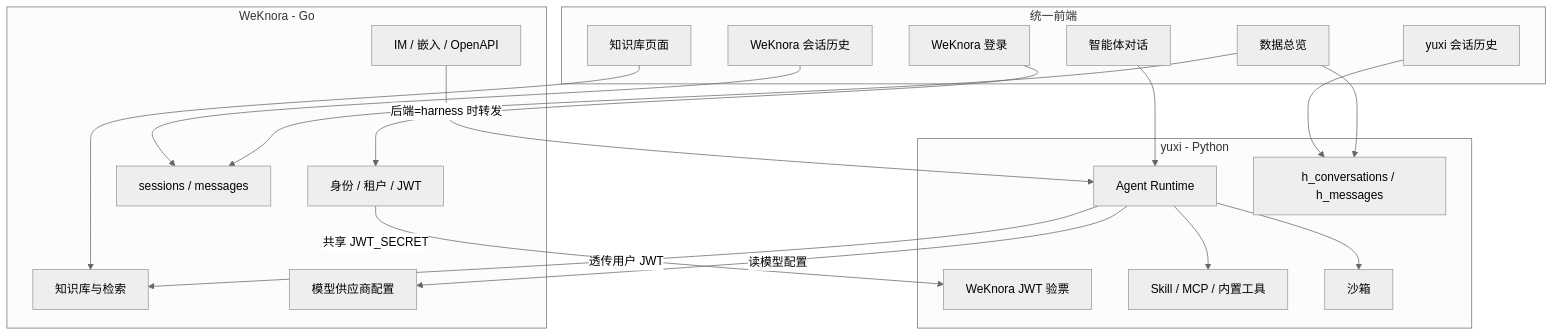
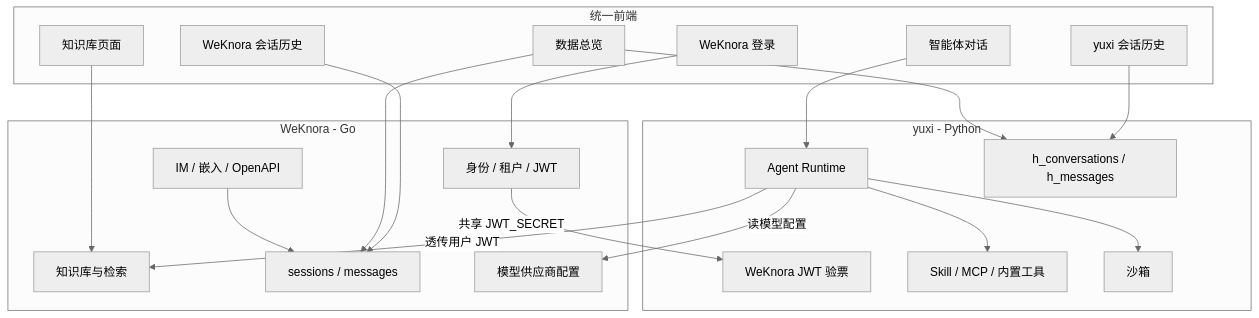
One commit to qinlei131479/WeKnora changed the diagram in WEKNORA_YUXI_INTEGRATION_PLAN.md. Above: the diagram before and after it, drawn with Mermaid (neutral theme). The commit also changed other lines of this file and 2 other files, not shown here.

````diff
--- a/WEKNORA_YUXI_INTEGRATION_PLAN.md
+++ b/WEKNORA_YUXI_INTEGRATION_PLAN.md
@@ -33,42 +35,42 @@
 ```mermaid
 flowchart TB
     subgraph front [统一前端]
         Login[WeKnora 登录]
         KBPage[知识库页面]
         AgentPage[智能体对话]
         WeKnoraChats[WeKnora 会话历史]
         YuxiChats[yuxi 会话历史]
         Dashboard[数据总览]
     end
 
     subgraph weknora [WeKnora - Go]
         Auth[身份 / 租户 / JWT]
         KB[知识库与检索]
         Sessions[sessions / messages]
         Channels[IM / 嵌入 / OpenAPI]
         Models[模型供应商配置]
     end
 
     subgraph yuxi [yuxi - Python]
         Verify[WeKnora JWT 验票]
         Runtime[Agent Runtime]
         Skills[Skill / MCP / 内置工具]
         Sandbox[沙箱]
         Conv["h_conversations / h_messages"]
     end
 
     Login --> Auth
     KBPage --> KB
     AgentPage --> Runtime
     WeKnoraChats --> Sessions
     YuxiChats --> Conv
     Dashboard --> Sessions
     Dashboard --> Conv
 
     Auth -->|"共享 JWT_SECRET"| Verify
     Runtime -->|"透传用户 JWT"| KB
     Runtime --> Skills
     Runtime --> Sandbox
     Runtime -->|"读模型配置"| Models
-    Channels -->|"后端=harness 时转发"| Runtime
+    Channels --> Sessions
 ```
````
